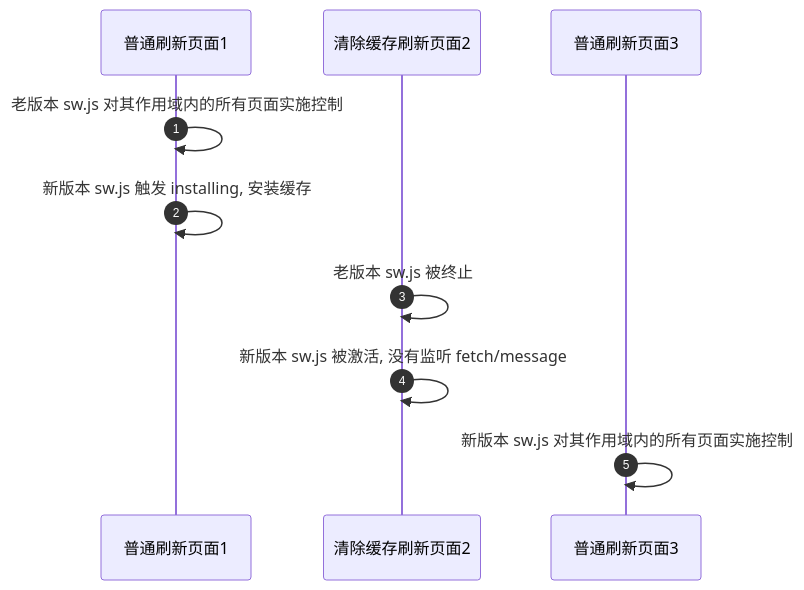
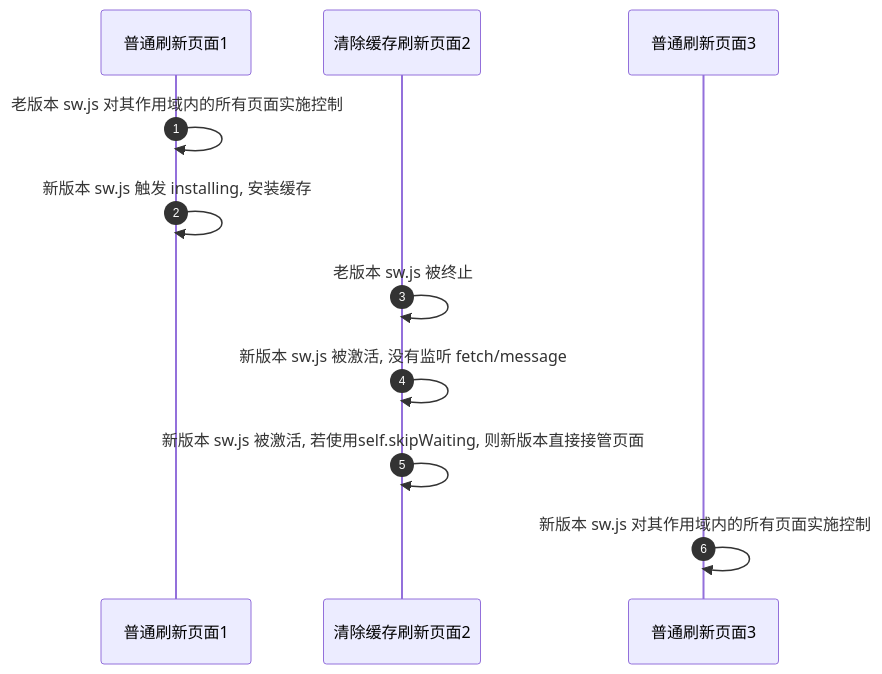
One commit to Tony-Liuduan/service-worker changed the sixth of 10 diagrams in README.md. Above: the diagram before and after it, drawn with Mermaid. The commit also changed other lines of this file and 13 other files, not shown here.

````diff
--- a/README.md
+++ b/README.md
@@ -124,9 +126,10 @@
 ```mermaid
 sequenceDiagram
     autonumber;
     普通刷新页面1 ->> 普通刷新页面1: 老版本 sw.js 对其作用域内的所有页面实施控制
     普通刷新页面1 ->> 普通刷新页面1: 新版本 sw.js 触发 installing, 安装缓存
     清除缓存刷新页面2 ->> 清除缓存刷新页面2: 老版本 sw.js 被终止
     清除缓存刷新页面2 ->> 清除缓存刷新页面2: 新版本 sw.js 被激活, 没有监听 fetch/message
+    清除缓存刷新页面2 ->> 清除缓存刷新页面2: 新版本 sw.js 被激活, 若使用self.skipWaiting, 则新版本直接接管页面
     普通刷新页面3 ->> 普通刷新页面3: 新版本 sw.js 对其作用域内的所有页面实施控制
 ```
````
